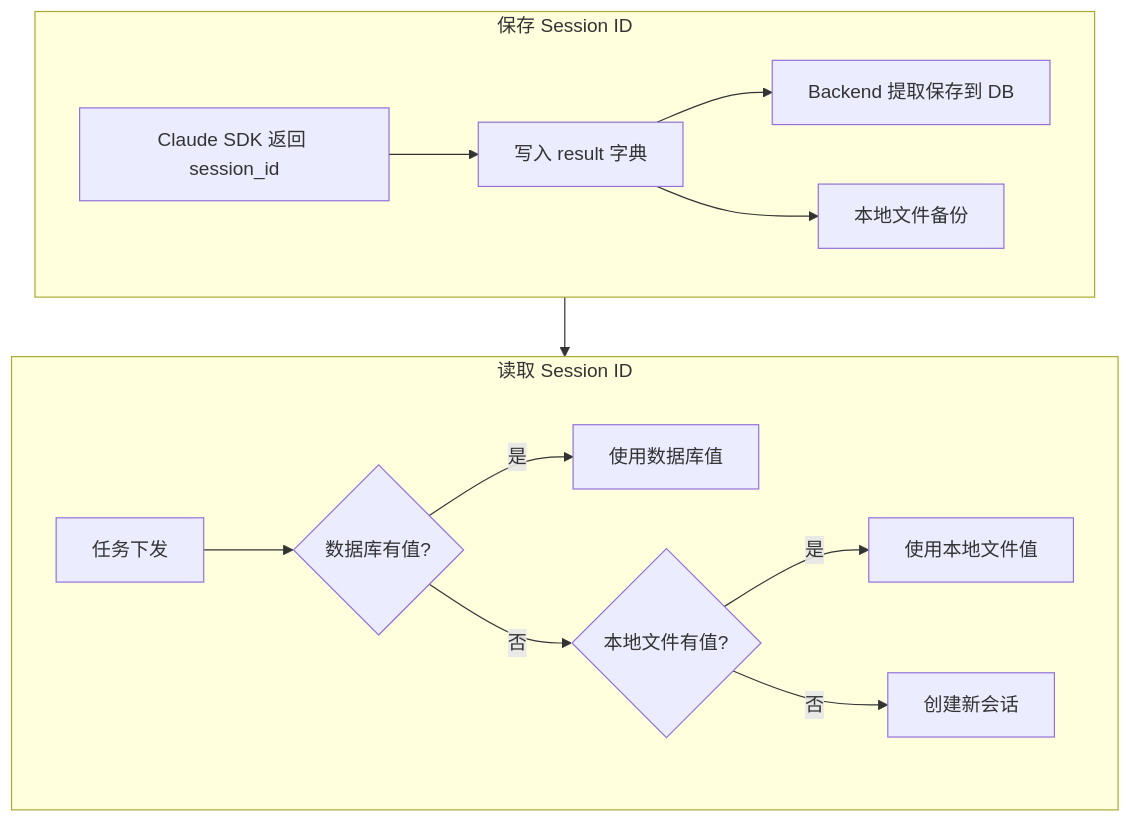
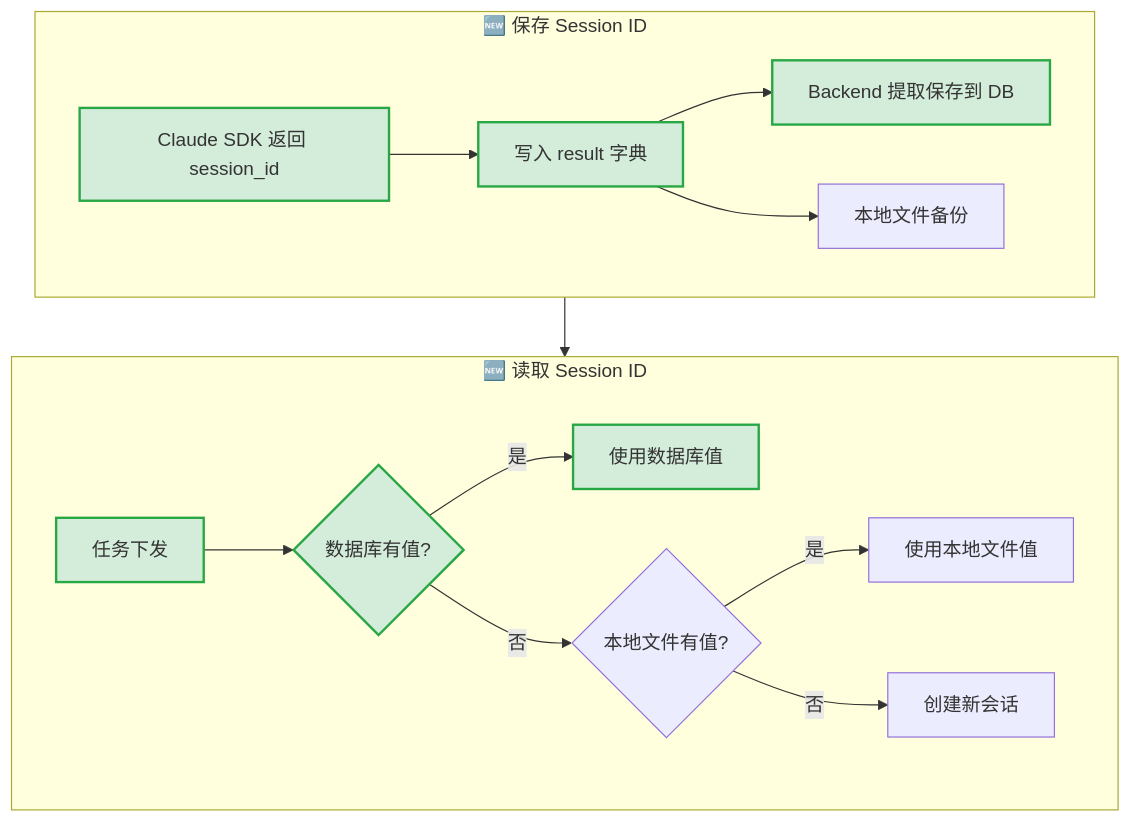
Before and after one commit to sunnights/Wegent: the fourth of 8 diagrams in docs/zh/features/task-restore.md, drawn with Mermaid. The commit also changed other lines of this file and 1 other file, not shown here.

First line of the commit message:
docs: highlight new features in Mermaid diagrams with green styling

````diff
--- a/docs/zh/features/task-restore.md
+++ b/docs/zh/features/task-restore.md
@@ -104,20 +116,22 @@
 ```mermaid
 flowchart TB
-    subgraph 保存流程["保存 Session ID"]
+    subgraph 保存流程["🆕 保存 Session ID"]
         direction LR
-        A1[Claude SDK 返回 session_id] --> A2[写入 result 字典]
-        A2 --> A3[Backend 提取保存到 DB]
+        A1[Claude SDK 返回 session_id]:::new --> A2[写入 result 字典]:::new
+        A2 --> A3[Backend 提取保存到 DB]:::new
         A2 --> A4[本地文件备份]
     end
 
-    subgraph 读取流程["读取 Session ID"]
+    subgraph 读取流程["🆕 读取 Session ID"]
         direction LR
-        B1[任务下发] --> B2{数据库有值?}
-        B2 -->|是| B3[使用数据库值]
+        B1[任务下发]:::new --> B2{数据库有值?}:::new
+        B2 -->|是| B3[使用数据库值]:::new
         B2 -->|否| B4{本地文件有值?}
         B4 -->|是| B5[使用本地文件值]
         B4 -->|否| B6[创建新会话]
     end
 
     保存流程 --> 读取流程
+
+    classDef new fill:#d4edda,stroke:#28a745,stroke-width:2px
 ```
````
